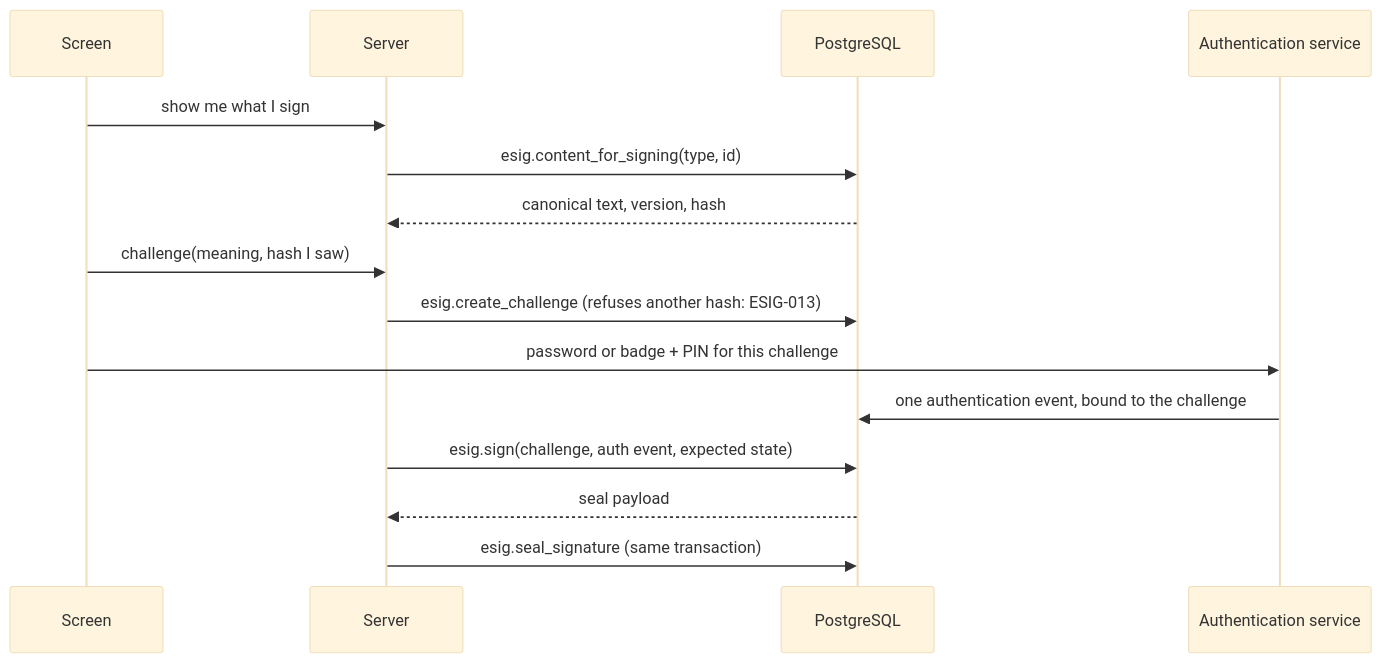
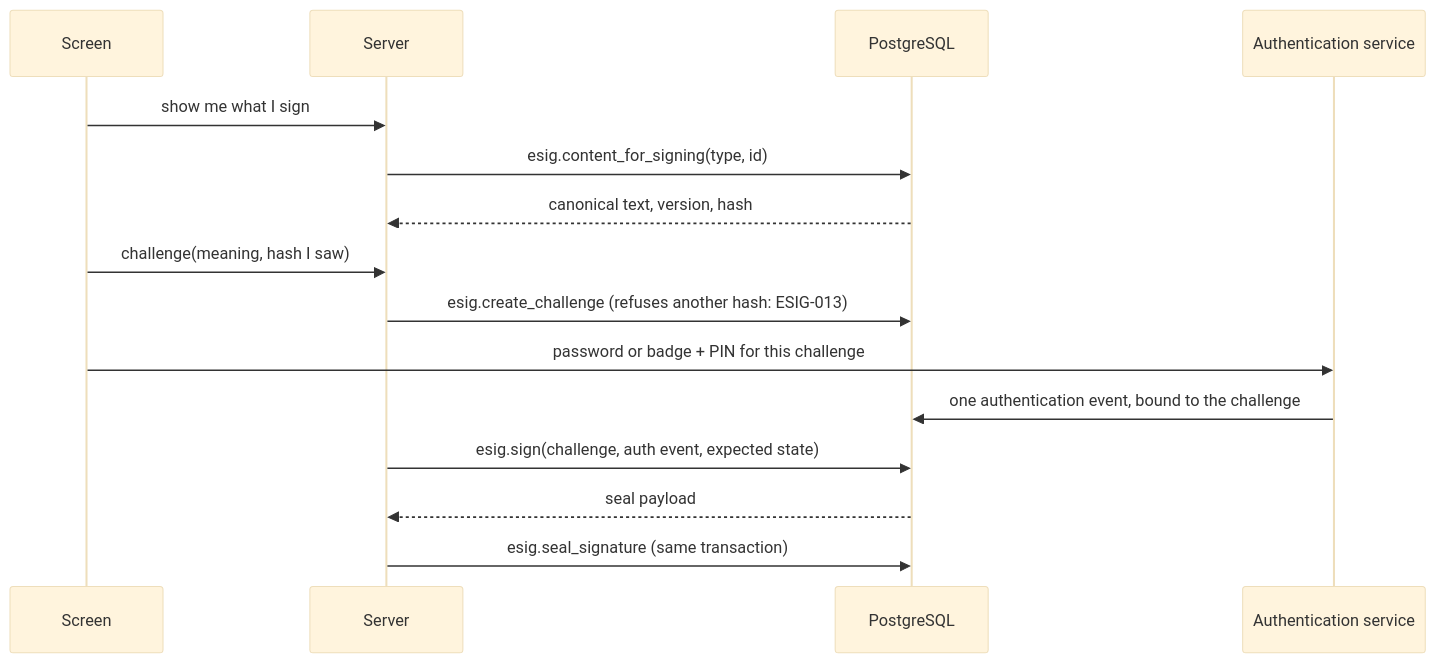
One commit to maglesT/ebmr changed the second of 8 diagrams in docs/handbook/modules/kernel.md. Above: the diagram before and after it, drawn with Mermaid (base theme). The commit also changed other lines of this file and 4 other files, not shown here.

First line of the commit message:
docs(handbook): escape ; and : in mermaid sequence and state labels so they render on GitHub

````diff
--- a/docs/handbook/modules/kernel.md
+++ b/docs/handbook/modules/kernel.md
@@ -349,17 +349,17 @@
 ```mermaid
 sequenceDiagram
   participant S as Screen
   participant API as Server
   participant DB as PostgreSQL
   participant A as Authentication service
   S->>API: show me what I sign
   API->>DB: esig.content_for_signing(type, id)
   DB-->>API: canonical text, version, hash
   S->>API: challenge(meaning, hash I saw)
-  API->>DB: esig.create_challenge (refuses another hash: ESIG-013)
+  API->>DB: esig.create_challenge (refuses another hash#58; ESIG-013)
   S->>A: password or badge + PIN for this challenge
   A->>DB: one authentication event, bound to the challenge
   API->>DB: esig.sign(challenge, auth event, expected state)
   DB-->>API: seal payload
   API->>DB: esig.seal_signature (same transaction)
 ```
````
